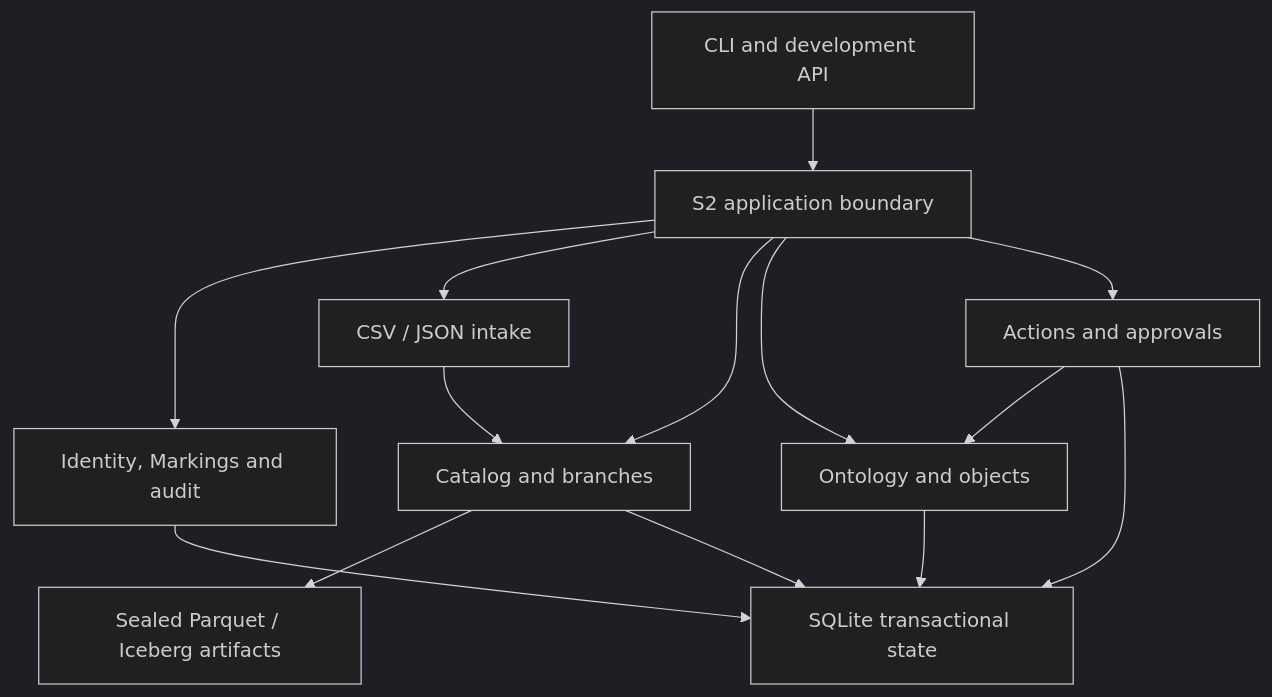
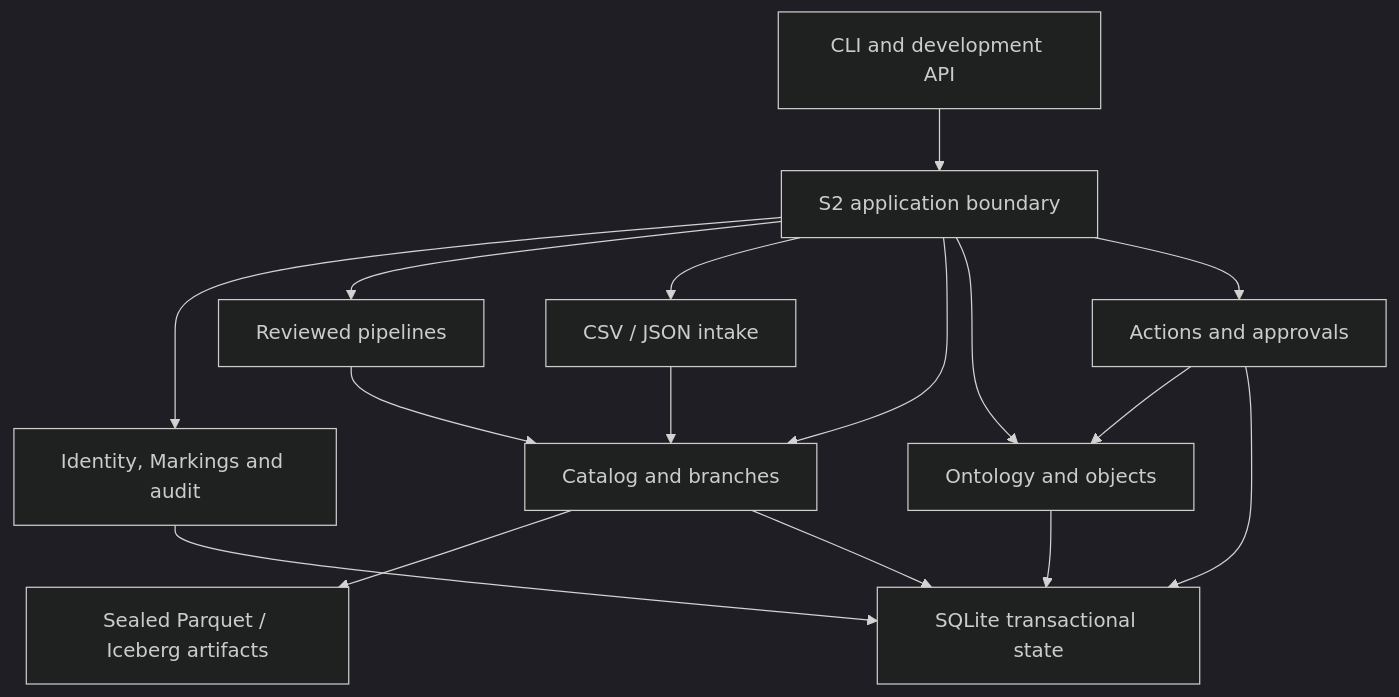
The diagram in README.md (veerendra-saraswathi/S.2a), drawn with Mermaid (dark theme) before and after one commit. The commit also changed other lines of this file and 23 other files, not shown here.

````diff
--- a/README.md
+++ b/README.md
@@ -52,16 +52,18 @@
 ```mermaid
 flowchart TD
     Clients["CLI and development API"] --> Service["S2 application boundary"]
     Service --> Gov["Identity, Markings and audit"]
+    Service --> Pipelines["Reviewed pipelines"]
+    Pipelines --> Catalog
     Service --> Intake["CSV / JSON intake"]
     Intake --> Catalog
     Service --> Catalog["Catalog and branches"]
     Service --> Ontology["Ontology and objects"]
     Service --> Actions["Actions and approvals"]
     Actions --> Ontology
     Catalog --> Files["Sealed Parquet / Iceberg artifacts"]
     Catalog --> DB["SQLite transactional state"]
     Ontology --> DB
     Actions --> DB
     Gov --> DB
 ```
````
